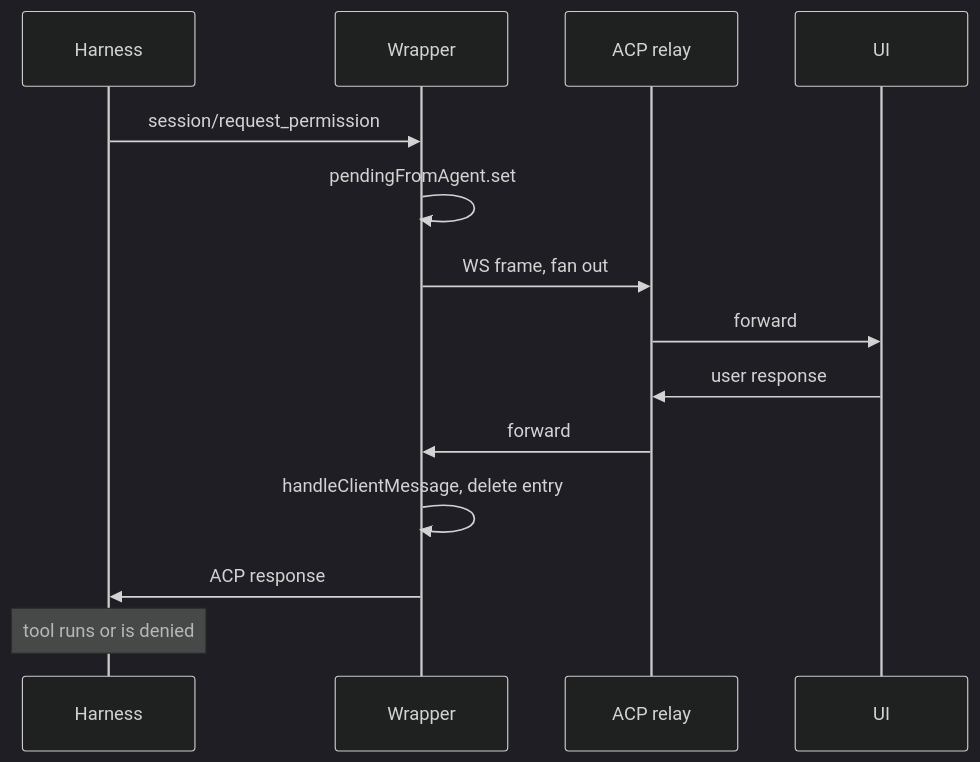
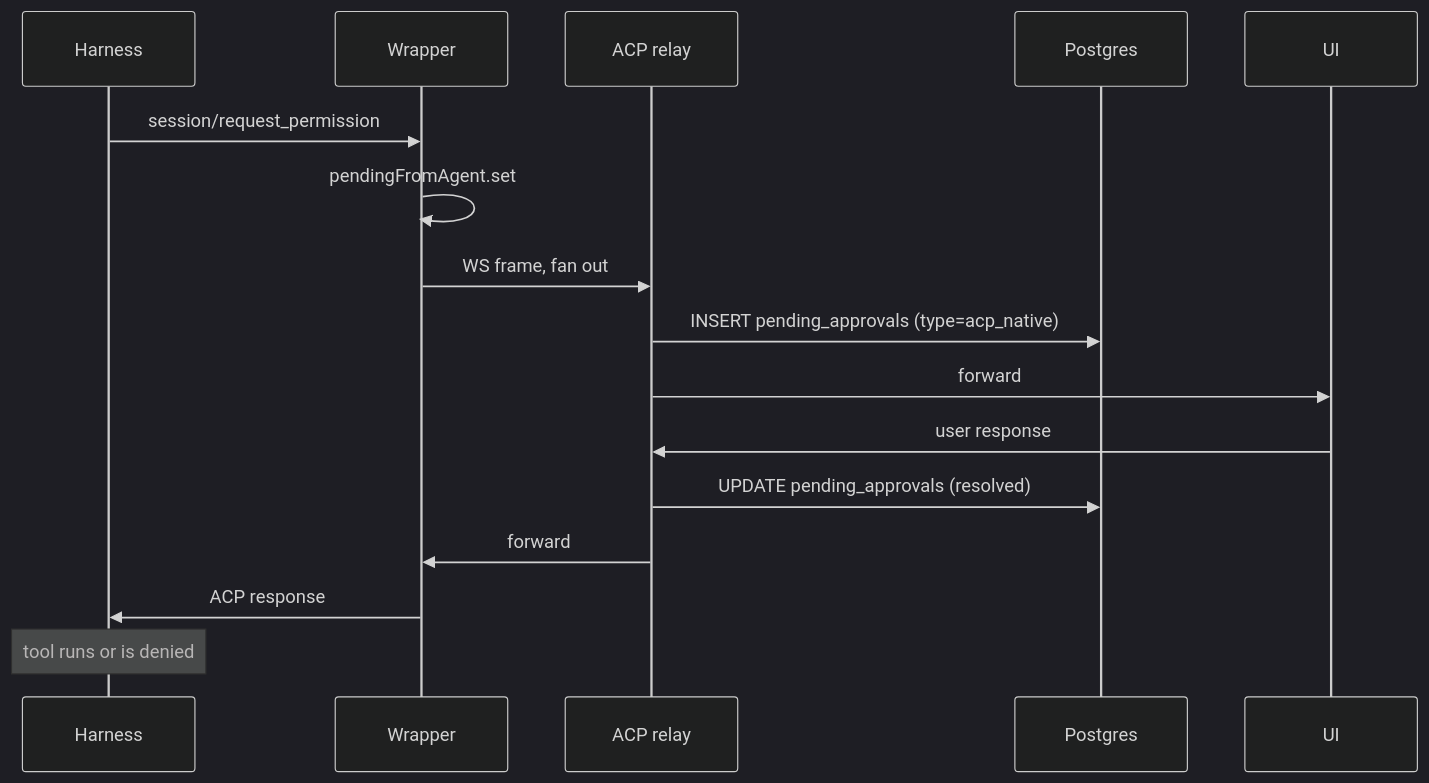
Before and after one commit to kagenti/humr: the second of 2 diagrams in docs/adrs/DRAFT-unified-hitl-ux.md, drawn with Mermaid (dark theme). The commit also changed other lines of this file, not shown here.

````diff
--- a/docs/adrs/DRAFT-unified-hitl-ux.md
+++ b/docs/adrs/DRAFT-unified-hitl-ux.md
@@ -170,17 +160,19 @@
 ```mermaid
 sequenceDiagram
     participant Harness
     participant Wrapper
     participant Relay as ACP relay
+    participant DB as Postgres
     participant UI
 
     Harness->>Wrapper: session/request_permission
     Wrapper->>Wrapper: pendingFromAgent.set
     Wrapper->>Relay: WS frame, fan out
+    Relay->>DB: INSERT pending_approvals (type=acp_native)
     Relay->>UI: forward
     UI->>Relay: user response
+    Relay->>DB: UPDATE pending_approvals (resolved)
     Relay->>Wrapper: forward
-    Wrapper->>Wrapper: handleClientMessage, delete entry
     Wrapper->>Harness: ACP response
     Note over Harness: tool runs or is denied
 ```
````
